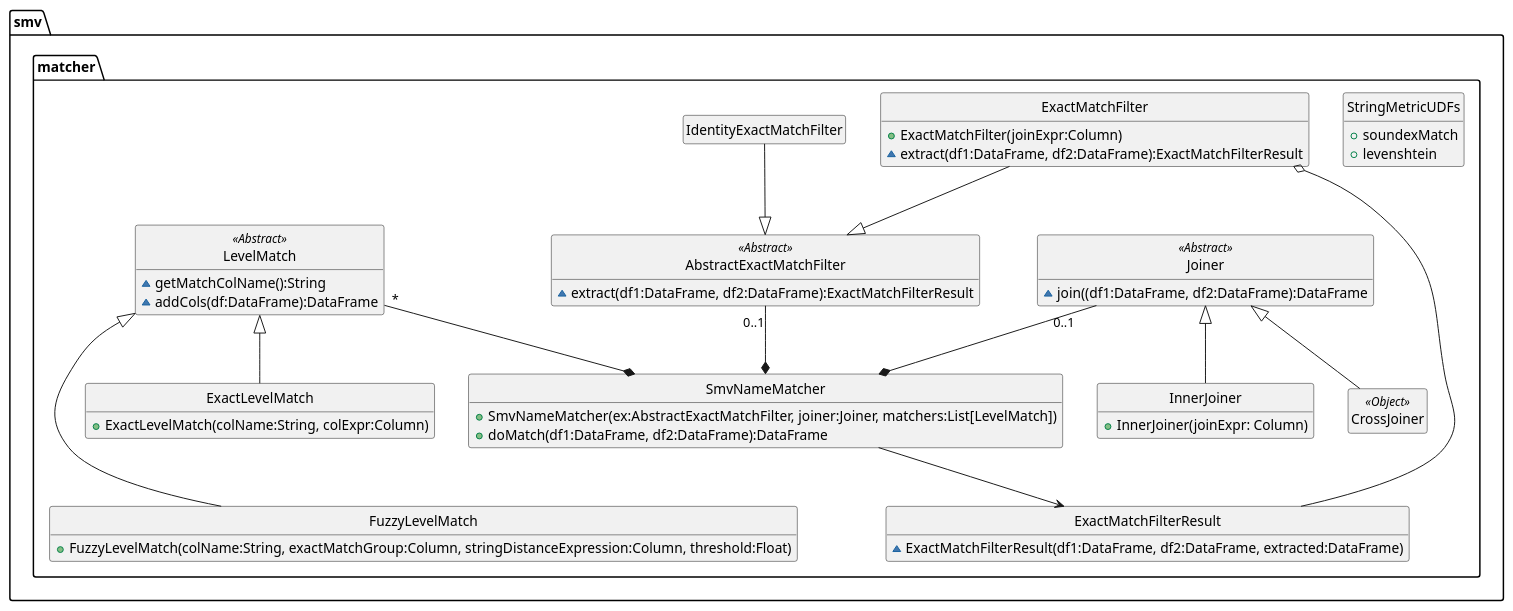
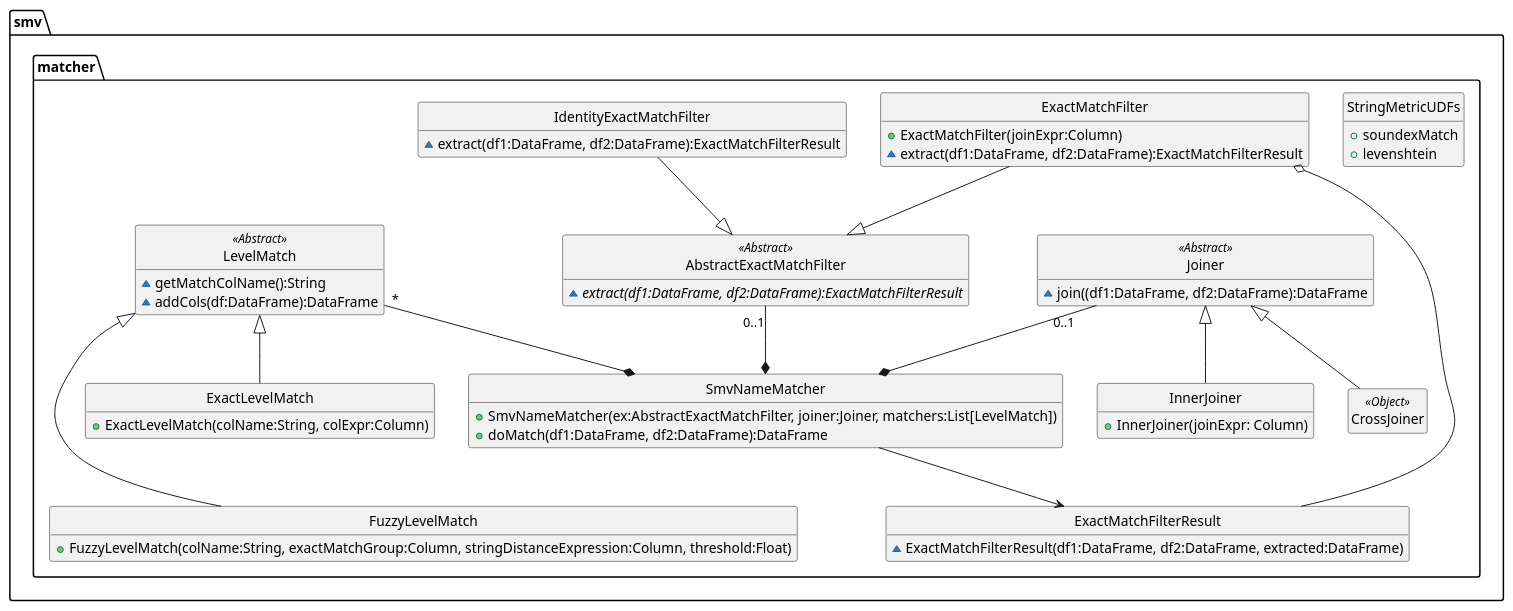
Before and after one commit to TresAmigosSD/SMV: the diagram in docs/design/SmvNameMatcher/SmvNameMatcher.puml, drawn with PlantUML. The commit also changed 1 other file, not shown here.

Commit message:
First check in of UML and documentation for the SMV Name Matcher

```diff
--- a/docs/design/SmvNameMatcher/SmvNameMatcher.puml
+++ b/docs/design/SmvNameMatcher/SmvNameMatcher.puml
@@ -1,73 +1,75 @@
 @startuml
 hide empty methods
 hide empty fields
 hide circle
 
 package smv.matcher {
     class StringMetricUDFs {
         +soundexMatch
         +levenshtein
     }
 
     class SmvNameMatcher{
         +SmvNameMatcher(ex:AbstractExactMatchFilter, joiner:Joiner, matchers:List[LevelMatch])
         +doMatch(df1:DataFrame, df2:DataFrame):DataFrame
     }
 
     class ExactMatchFilterResult {
         ~ExactMatchFilterResult(df1:DataFrame, df2:DataFrame, extracted:DataFrame)
     }
 
     class AbstractExactMatchFilter <<Abstract>> {
-        ~extract(df1:DataFrame, df2:DataFrame):ExactMatchFilterResult
+        ~ {abstract} extract(df1:DataFrame, df2:DataFrame):ExactMatchFilterResult
     }
 
     class ExactMatchFilter{
         +ExactMatchFilter(joinExpr:Column)
         ~extract(df1:DataFrame, df2:DataFrame):ExactMatchFilterResult
     }
 
-    class IdentityExactMatchFilter
+    class IdentityExactMatchFilter {
+        ~extract(df1:DataFrame, df2:DataFrame):ExactMatchFilterResult
+    }
 
     class Joiner <<Abstract>> {
         ~join((df1:DataFrame, df2:DataFrame):DataFrame
     }
 
     class InnerJoiner{
         +InnerJoiner(joinExpr: Column)
     }
 
     class CrossJoiner <<Object>> {
     }
 
     class LevelMatch <<Abstract>> {
         ~getMatchColName():String
         ~addCols(df:DataFrame):DataFrame
     }
 
     class ExactLevelMatch {
         +ExactLevelMatch(colName:String, colExpr:Column)
     }
 
     class FuzzyLevelMatch {
         +FuzzyLevelMatch(colName:String, exactMatchGroup:Column, stringDistanceExpression:Column, threshold:Float)
     }
 }
 
 AbstractExactMatchFilter "0..1" --* SmvNameMatcher
 Joiner "0..1" --* SmvNameMatcher
 LevelMatch "*" --* SmvNameMatcher
 
 LevelMatch <|-- ExactLevelMatch
 LevelMatch <|--- FuzzyLevelMatch
 
 Joiner <|-- InnerJoiner
 Joiner <|-- CrossJoiner
 
 IdentityExactMatchFilter --|> AbstractExactMatchFilter
 ExactMatchFilter --|> AbstractExactMatchFilter
 
 ExactMatchFilter o-- ExactMatchFilterResult
 SmvNameMatcher --> ExactMatchFilterResult
 
 @enduml
```
